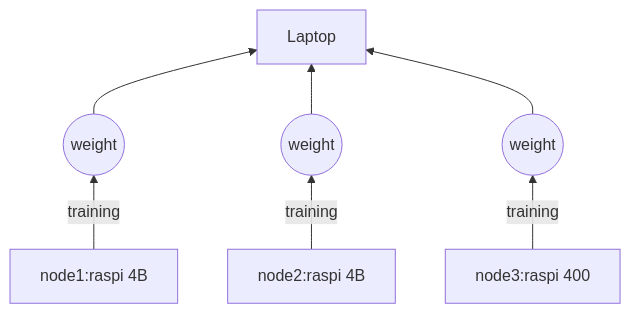
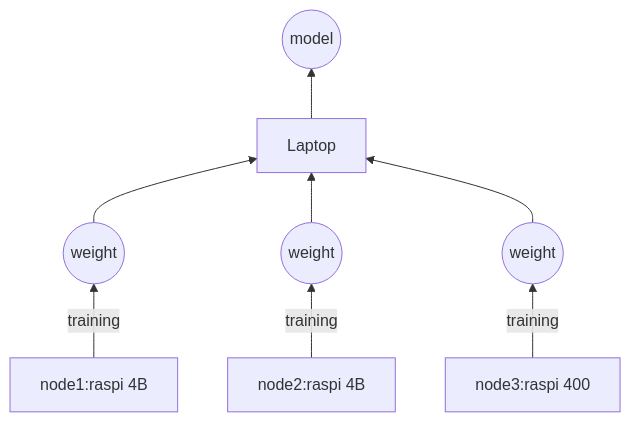
The diagram in exp-log/log&idea.md (MyStarNight/fl-experiment), drawn with Mermaid before and after one commit. The commit also changed other lines of this file, not shown here.

````diff
--- a/exp-log/log&idea.md
+++ b/exp-log/log&idea.md
@@ -71,7 +71,7 @@
 ```mermaid
 graph BT
 B[node1:raspi 4B] -- training --> E((weight)) --> A[Laptop]
 C[node2:raspi 4B] -- training--> F((weight))  --> A
 D[node3:raspi 400] -- training--> G((weight))  --> A
-
+A-->H((model))
 ```
````
